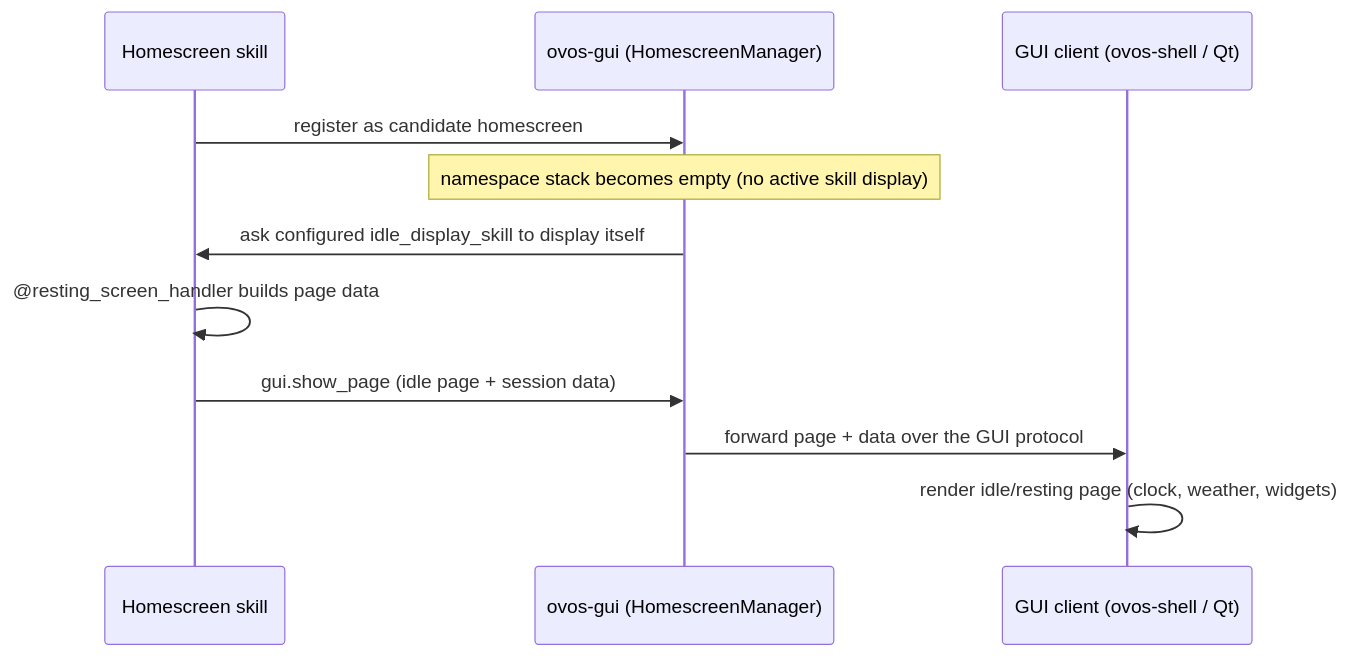
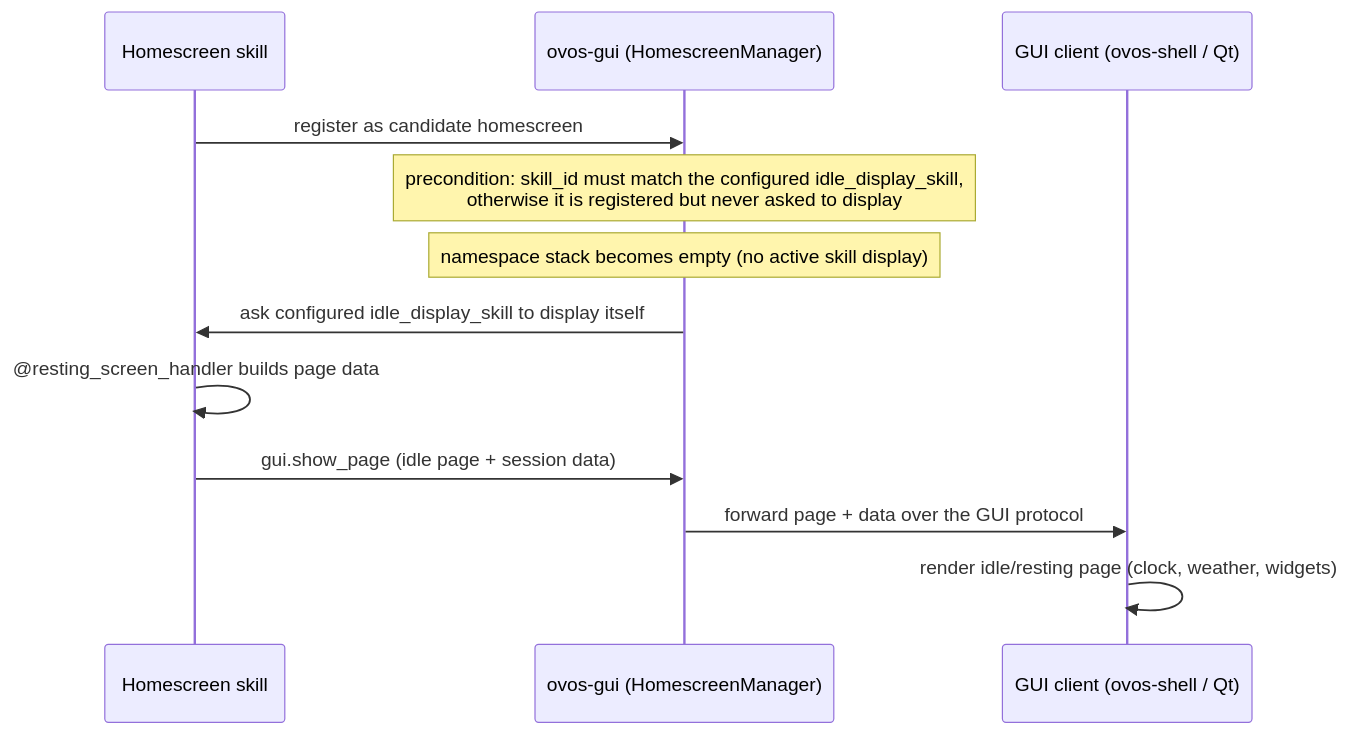
The diagram in docs/homescreen.md (TigreGotico/ovos-technical-manual), drawn with Mermaid before and after one commit. The commit also changed 22 other files, not shown here.

````diff
--- a/docs/homescreen.md
+++ b/docs/homescreen.md
@@ -24,14 +24,15 @@
 ```mermaid
 sequenceDiagram
     participant Skill as Homescreen skill
     participant GUI as ovos-gui (HomescreenManager)
     participant Shell as GUI client (ovos-shell / Qt)
 
     Skill->>GUI: register as candidate homescreen
+    Note over GUI: precondition: skill_id must match the configured idle_display_skill,<br/>otherwise it is registered but never asked to display
     Note over GUI: namespace stack becomes empty (no active skill display)
     GUI->>Skill: ask configured idle_display_skill to display itself
     Skill->>Skill: @resting_screen_handler builds page data
     Skill->>GUI: gui.show_page (idle page + session data)
     GUI->>Shell: forward page + data over the GUI protocol
     Shell->>Shell: render idle/resting page (clock, weather, widgets)
 ```
````
